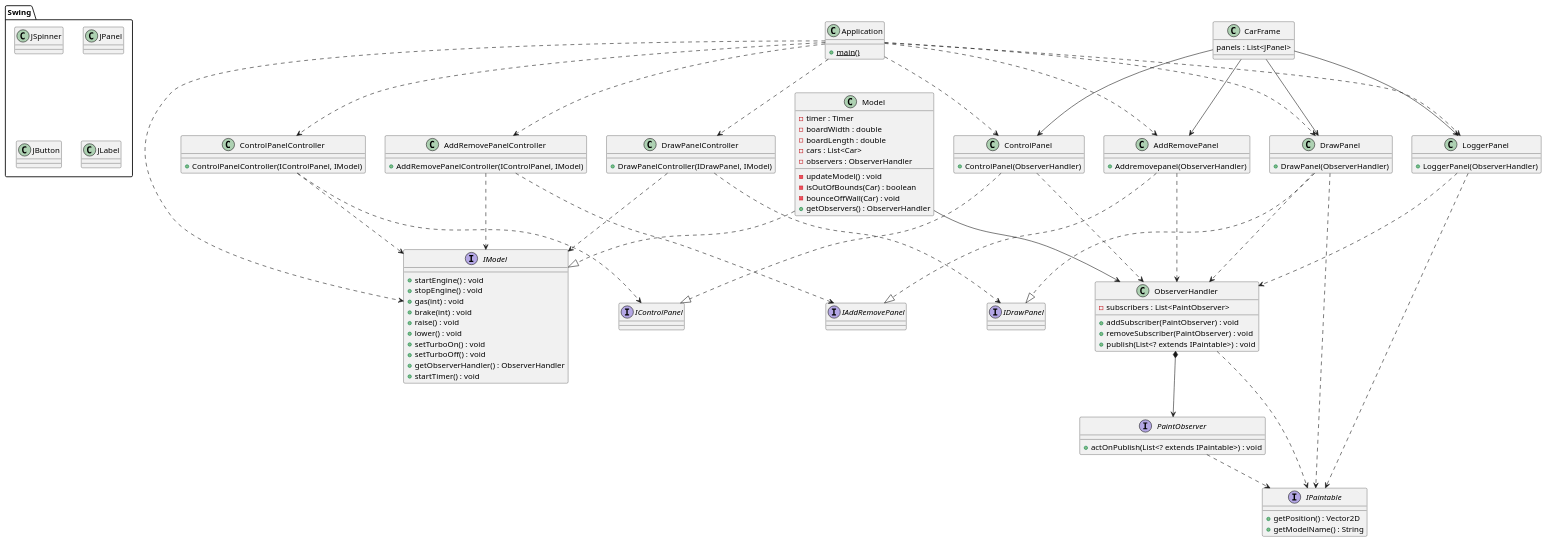
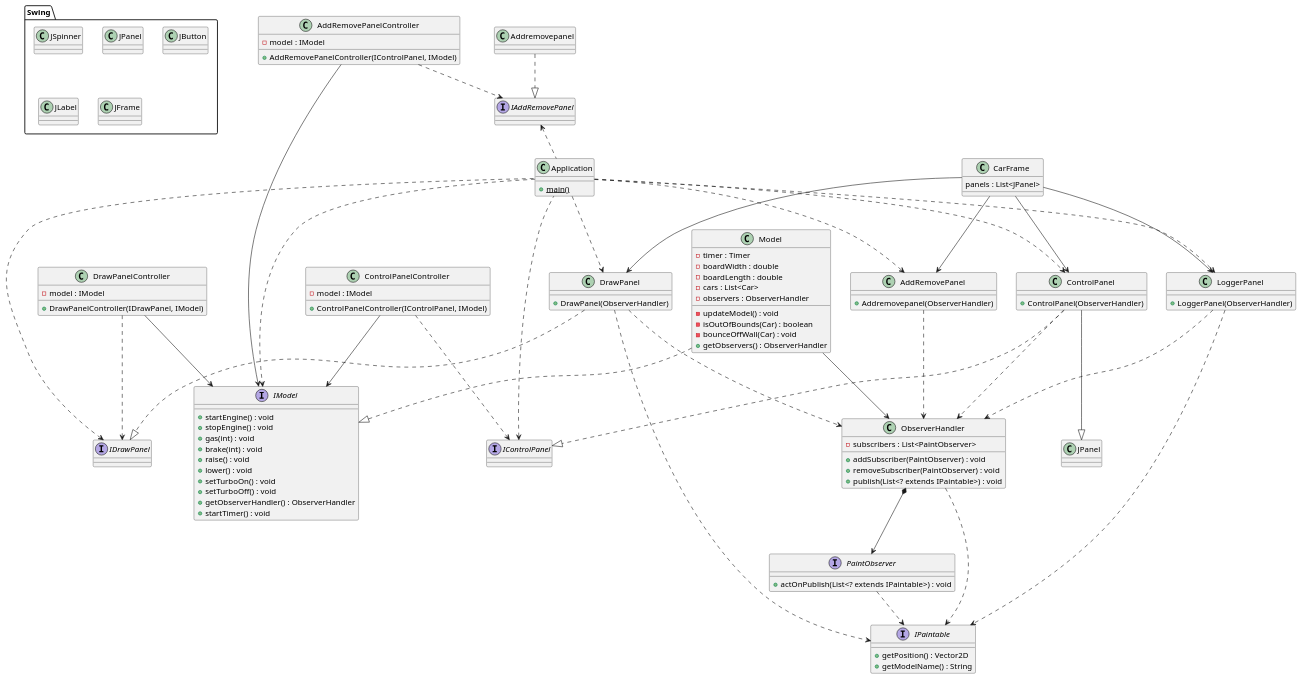
The diagram in src/Uppgift2UI.puml (Yogaledare/dit953-lab2), drawn with PlantUML before and after one commit.

```diff
--- a/src/Uppgift2UI.puml
+++ b/src/Uppgift2UI.puml
@@ -1,138 +1,144 @@
 @startuml
 'https://plantuml.com/sequence-diagram
 
 class Application{
     {static}+main()
 }
 Application ..> IModel
 
 Application ..> DrawPanel
 Application ..> ControlPanel
 Application ..> AddRemovePanel
 Application ..> LoggerPanel
 
-Application ..> DrawPanelController
-Application ..> ControlPanelController
-Application ..> AddRemovePanelController
+IDrawPanel <.. Application
+IControlPanel <.. Application
+IAddRemovePanel <.. Application
 
 class Model{
     -timer : Timer
     -boardWidth : double
     -boardLength : double
     -cars : List<Car>
     -observers : ObserverHandler
     -updateModel() : void
     -isOutOfBounds(Car) : boolean
     -bounceOffWall(Car) : void
     +getObservers() : ObserverHandler
 }
 Model ..|> IModel
 Model --> ObserverHandler
 
 interface IModel{
     +startEngine() : void
     +stopEngine() : void
     +gas(int) : void
     +brake(int) : void
     +raise() : void
     +lower() : void
     +setTurboOn() : void
     +setTurboOff() : void
     +getObserverHandler() : ObserverHandler
     +startTimer() : void
 }
 
 class ObserverHandler{
     - subscribers : List<PaintObserver>
     + addSubscriber(PaintObserver) : void
     + removeSubscriber(PaintObserver) : void
     + publish(List<? extends IPaintable>) : void
 }
 ObserverHandler ..> IPaintable
 ObserverHandler *--> PaintObserver
 
 interface PaintObserver{
     + actOnPublish(List<? extends IPaintable>) : void
 }
 PaintObserver ..> IPaintable
 
 interface IPaintable {
     +getPosition() : Vector2D
     +getModelName() : String
 }
 
 
 
 class CarFrame{
     panels : List<JPanel>
 }
 CarFrame --> DrawPanel
 CarFrame --> ControlPanel
 CarFrame --> LoggerPanel
 CarFrame --> AddRemovePanel
 
 class DrawPanel{
     +DrawPanel(ObserverHandler)
 }
-DrawPanel ..|> IDrawPanel
 DrawPanel ..> ObserverHandler
 DrawPanel ..> IPaintable
+DrawPanel ..|> IDrawPanel
 
 class ControlPanel{
     +ControlPanel(ObserverHandler)
 }
+ControlPanel ..> ObserverHandler
+ControlPanel --|> JPanel
 ControlPanel ..|> IControlPanel
-ControlPanel ..> ObserverHandler
 
 class LoggerPanel{
     +LoggerPanel(ObserverHandler)
 }
 LoggerPanel ..> ObserverHandler
 LoggerPanel ..> IPaintable
 
+
 class AddRemovePanel{
     +Addremovepanel(ObserverHandler)
 }
-AddRemovePanel ..|> IAddRemovePanel
 AddRemovePanel ..> ObserverHandler
+Addremovepanel ..|> IAddRemovePanel
 
 interface IDrawPanel{
 
 }
 
 interface IControlPanel{
 
 }
 
 interface IAddRemovePanel{
 
 }
 
 class DrawPanelController{
+    -model : IModel
     +DrawPanelController(IDrawPanel, IModel)
 }
 DrawPanelController ..> IDrawPanel
-DrawPanelController ..> IModel
+DrawPanelController --> IModel
 
 class ControlPanelController{
+    -model : IModel
     +ControlPanelController(IControlPanel, IModel)
 }
 ControlPanelController ..> IControlPanel
-ControlPanelController ..> IModel
+ControlPanelController --> IModel
 
 class AddRemovePanelController{
+    -model : IModel
     +AddRemovePanelController(IControlPanel, IModel)
 }
 AddRemovePanelController ..> IAddRemovePanel
-AddRemovePanelController ..> IModel
+AddRemovePanelController --> IModel
 
 
 
 package Swing {
     class JSpinner{}
     class JPanel{}
     class JButton {}
     class JLabel {}
+    class JFrame {}
 }
 
 @enduml
```
